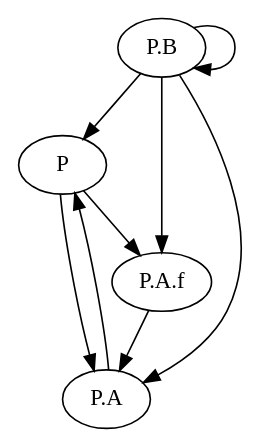
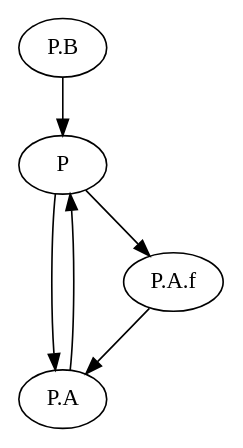
One commit to ErikHedblom/Master-Thesis changed the diagram in Dot/BrokenAccess.dot. Above: the diagram before and after it, drawn with Graphviz. The commit also changed 10 other files, not shown here.

```diff
--- a/Dot/BrokenAccess.dot
+++ b/Dot/BrokenAccess.dot
@@ -1,10 +1,7 @@
 digraph DependencyGraph {
 	"P" ->"P.A"
 	"P" ->"P.A.f"
 	"P.A" -> "P"
 	"P.A.f" -> "P.A"
 	"P.B" -> "P"
-	"P.B" -> "P.A"
-	"P.B" -> "P.A.f"
-	"P.B" -> "P.B"
 }
```
